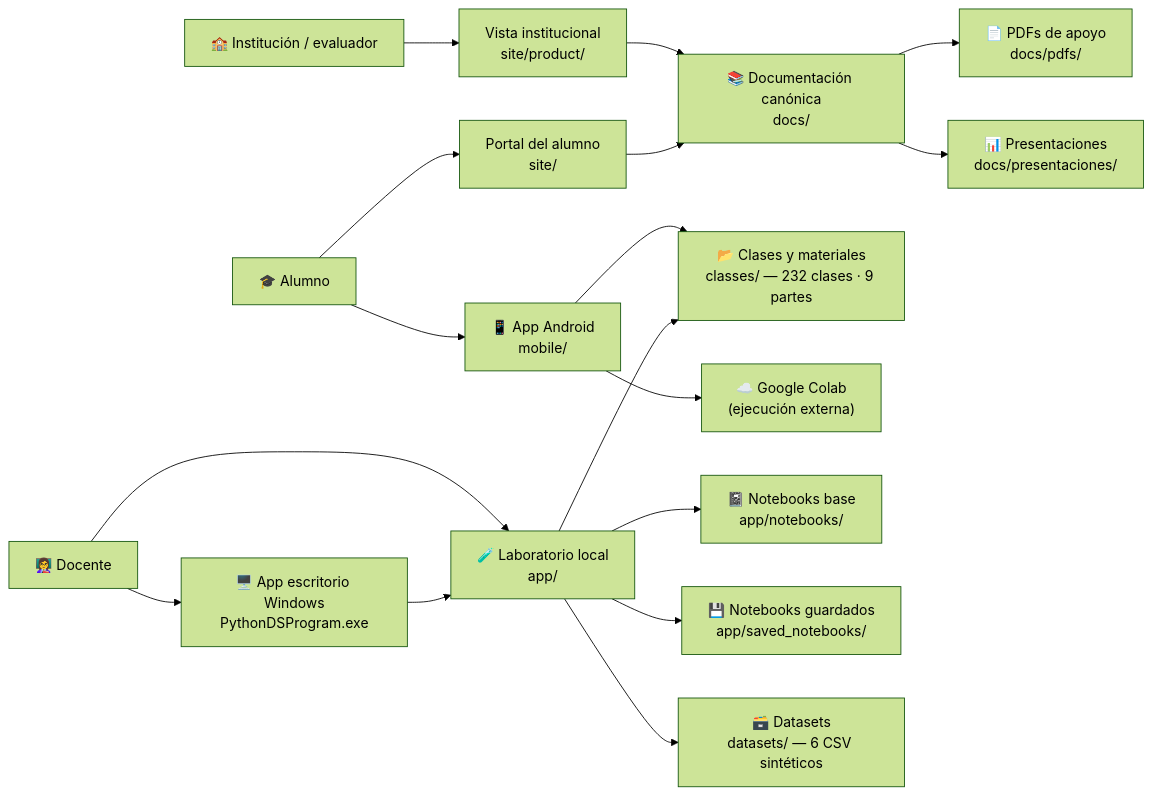
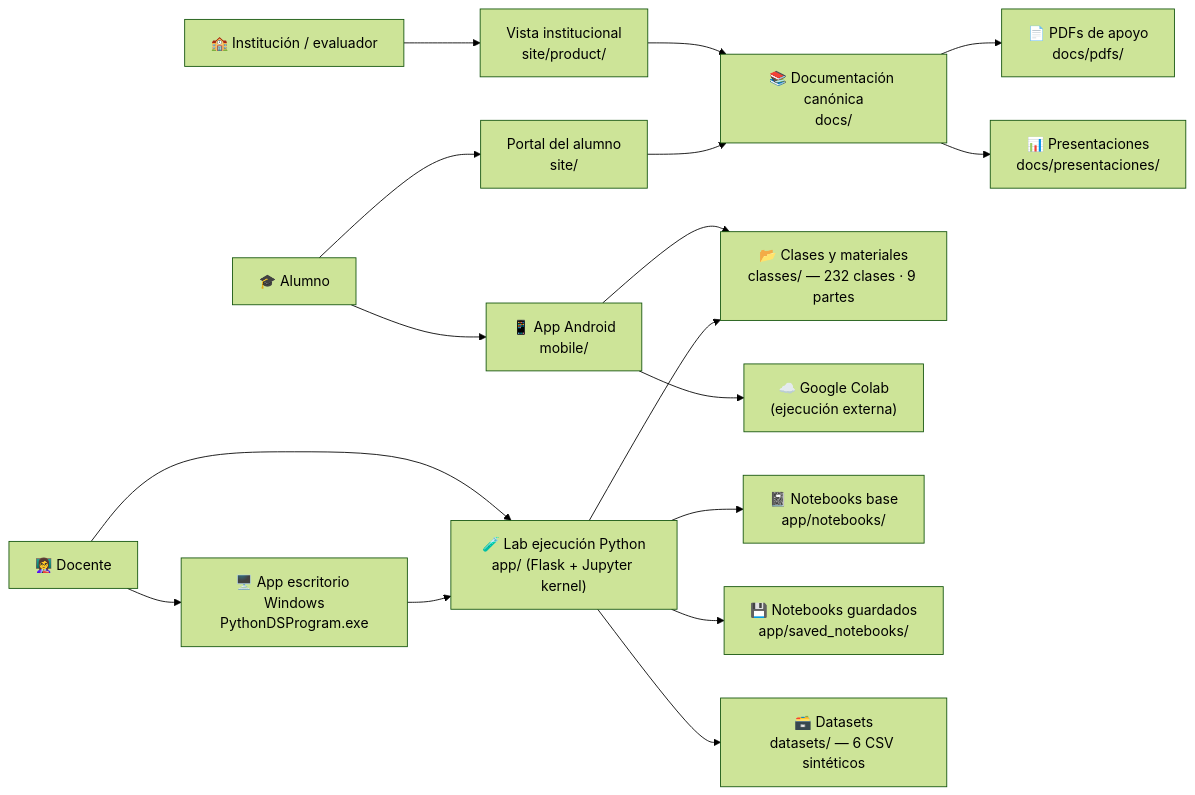
One commit to vladimiracunadev-create/python-data-science-bootcamp changed the first of 4 diagrams in docs/ARQUITECTURA_PRODUCTO.md. Above: the diagram before and after it, drawn with Mermaid (forest theme). The commit also changed other lines of this file and 29 other files, not shown here.

````diff
--- a/docs/ARQUITECTURA_PRODUCTO.md
+++ b/docs/ARQUITECTURA_PRODUCTO.md
@@ -29,20 +29,20 @@
 ```mermaid
 graph LR
     INST["🏫 Institución / evaluador"] --> PRODUCT["Vista institucional\nsite/product/"]
     ALUM["🎓 Alumno"] --> PORTAL["Portal del alumno\nsite/"]
     ALUM --> MOBILE["📱 App Android\nmobile/"]
-    DOC["👩‍🏫 Docente"] --> LAB["🧪 Laboratorio local\napp/"]
+    DOC["👩‍🏫 Docente"] --> LAB["🧪 Lab ejecución Python\napp/ (Flask + Jupyter kernel)"]
     DOC --> WIN["🖥️ App escritorio Windows\nPythonDSProgram.exe"]
 
     PRODUCT --> DOCS["📚 Documentación canónica\ndocs/"]
     PORTAL --> DOCS
     WIN --> LAB
     MOBILE --> CLASSES["📂 Clases y materiales\nclasses/ — 232 clases · 9 partes"]
     MOBILE --> COLAB["☁️ Google Colab\n(ejecución externa)"]
     LAB --> CLASSES
     LAB --> NOTEBOOKS["📓 Notebooks base\napp/notebooks/"]
     LAB --> SAVED["💾 Notebooks guardados\napp/saved_notebooks/"]
     LAB --> DATA["🗃️ Datasets\ndatasets/ — 6 CSV sintéticos"]
     DOCS --> PDFS["📄 PDFs de apoyo\ndocs/pdfs/"]
     DOCS --> PPTX["📊 Presentaciones\ndocs/presentaciones/"]
 ```
````
